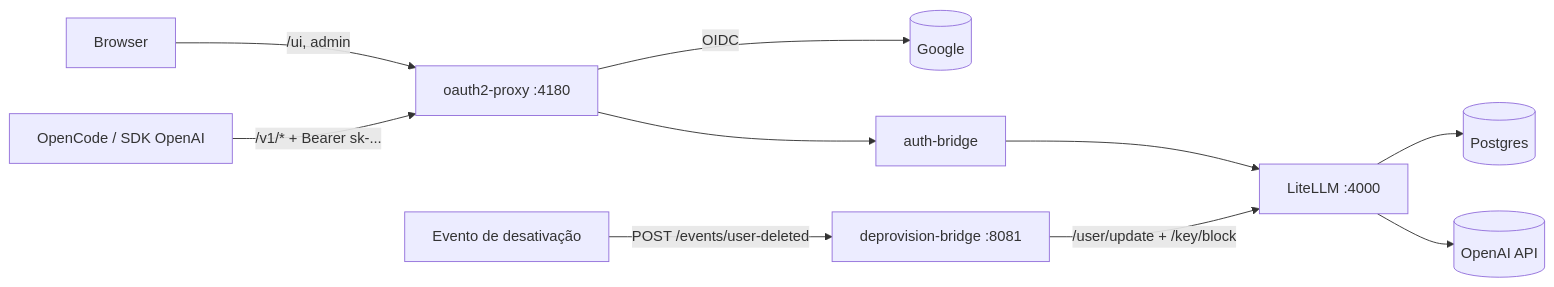
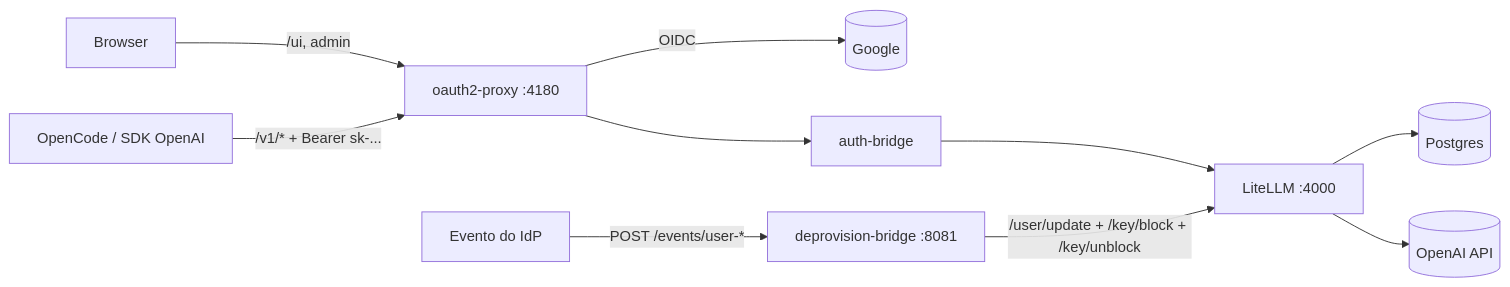
The first of 2 diagrams in README.md (diovanibmotta/ai-gateway-with-auth-proxy), drawn with Mermaid before and after one commit. The commit also changed other lines of this file and 1 other file, not shown here.

First line of the commit message:
🐛 fix(deprovision): nao zera budget e separa suspensao de desligamento

````diff
--- a/README.md
+++ b/README.md
@@ -26,12 +26,12 @@
 ```mermaid
 flowchart LR
     B[Browser] -->|/ui, admin| P
     O[OpenCode / SDK OpenAI] -->|/v1/* + Bearer sk-...| P
     P[oauth2-proxy :4180] -->|OIDC| G[(Google)]
     P --> A[auth-bridge]
     A --> L[LiteLLM :4000]
     L --> D[(Postgres)]
     L --> OA[(OpenAI API)]
-    X[Evento de desativação] -->|POST /events/user-deleted| DB[deprovision-bridge :8081]
-    DB -->|/user/update + /key/block| L
+    X[Evento do IdP] -->|POST /events/user-*| DB[deprovision-bridge :8081]
+    DB -->|/user/update + /key/block + /key/unblock| L
 ```
````
